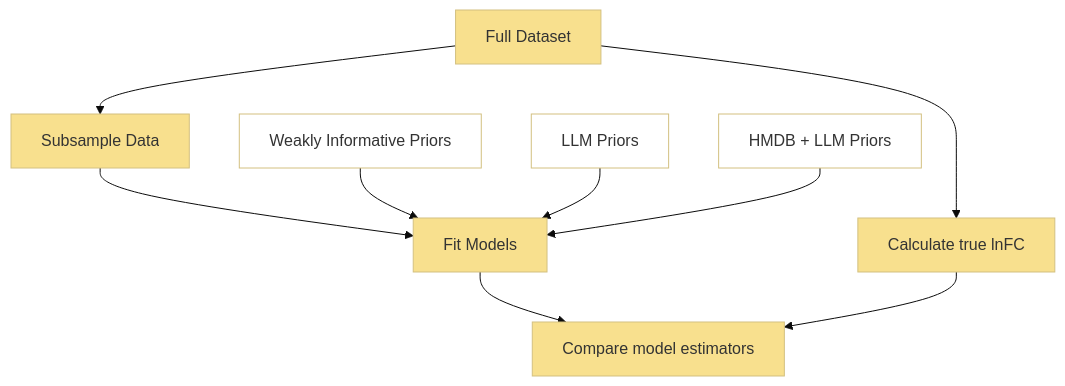
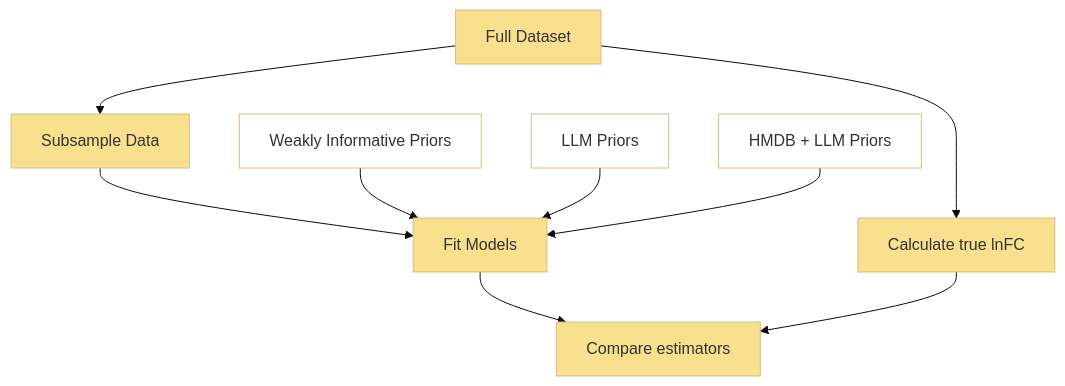
One commit to chi-raag/apriomics changed the diagram in presentations/jsm-2025.qmd. Above: the diagram before and after it, drawn with Mermaid. The commit also changed other lines of this file and 25 other files, not shown here.

````diff
--- a/presentations/jsm-2025.qmd
+++ b/presentations/jsm-2025.qmd
@@ -189,23 +199,24 @@
 ```{mermaid} 
-%%| fig-height: 3
+%%| fig-height: 5
+%%| fig-width: 14
 ---
 config:
     theme: 'base'
     themeVariables:
-        fontFamily: Avenir Next LT Pro
+        fontFamily: Mona Sans
         primaryColor: '#F8E08E'
         secondaryColor: '#0190DB'
 ---
 graph TD;
     A[Full Dataset] --> B[Subsample Data]
     A --> C[Calculate true lnFC]
     B --> D[Fit Models]
     E[Weakly Informative Priors] --> D
     F[LLM Priors] --> D
     G[HMDB + LLM Priors] --> D
-    D --> H[Compare model estimators]
+    D --> H[Compare estimators]
     C --> H
 
 classDef prior fill:white;
 class E,F,G prior;
 ```
````
